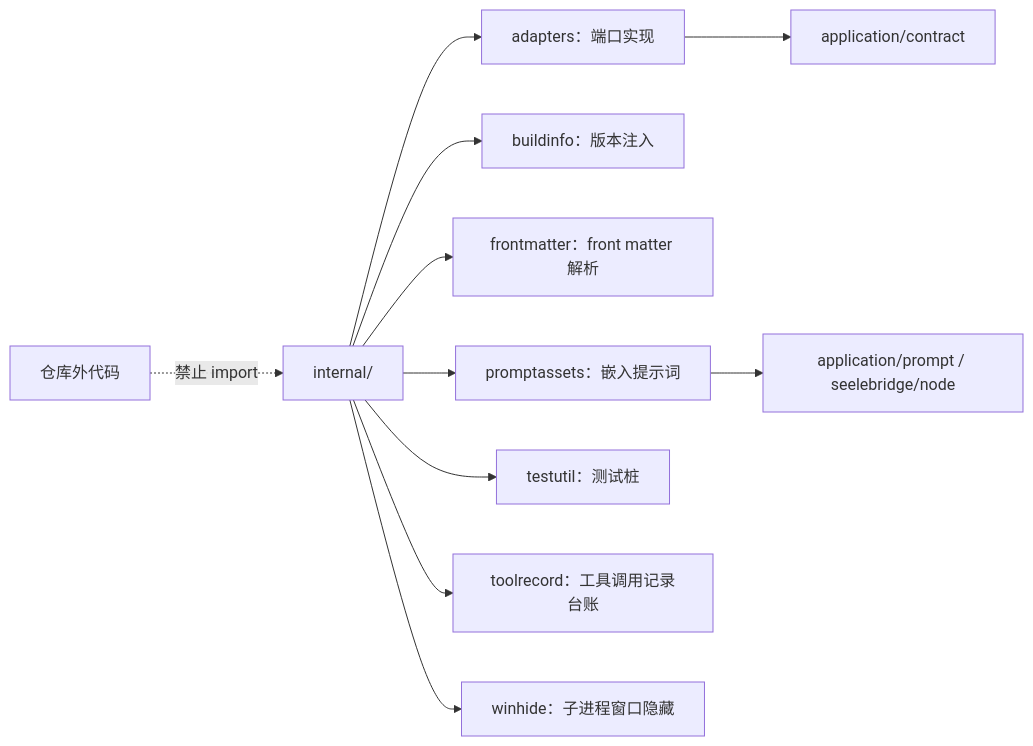
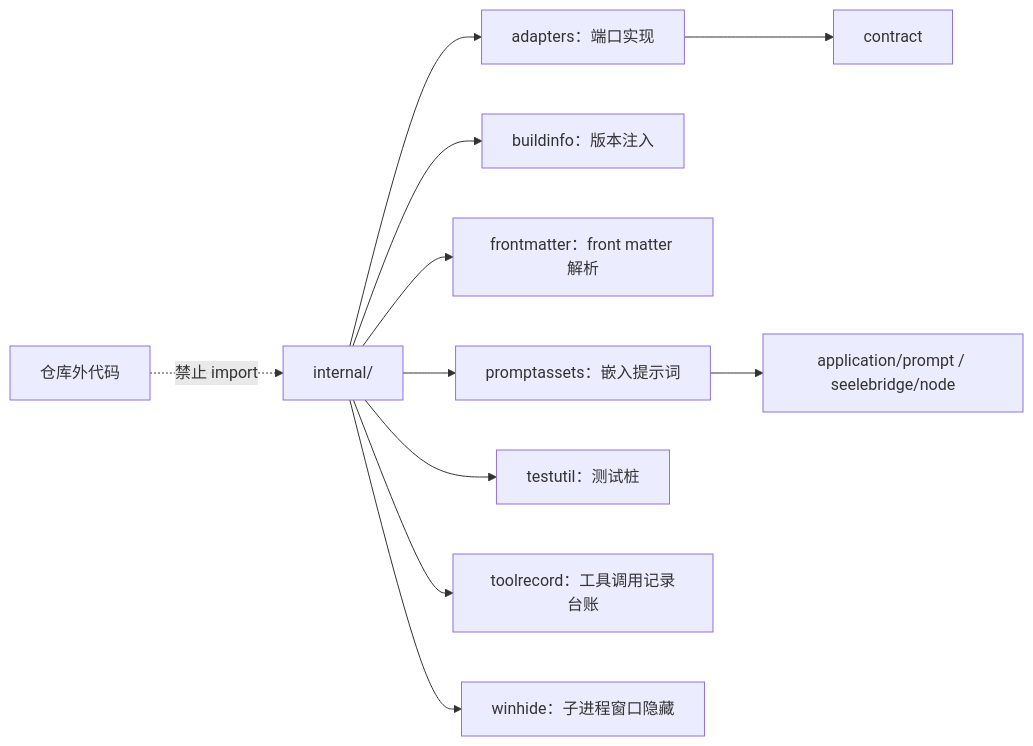
The diagram in internal/README.md (RedHuang-0622/seelex), drawn with Mermaid before and after one commit. The commit also changed other lines of this file and 1013 other files, not shown here.

````diff
--- a/internal/README.md
+++ b/internal/README.md
@@ -21,13 +21,13 @@
 ```mermaid
 flowchart LR
     OUT["仓库外代码"] -.->|禁止 import| INTERNAL["internal/"]
     INTERNAL --> A["adapters：端口实现"]
     INTERNAL --> B["buildinfo：版本注入"]
     INTERNAL --> F["frontmatter：front matter 解析"]
     INTERNAL --> P["promptassets：嵌入提示词"]
     INTERNAL --> T["testutil：测试桩"]
     INTERNAL --> M["toolrecord：工具调用记录台账"]
     INTERNAL --> W["winhide：子进程窗口隐藏"]
-    A --> APP["application/contract"]
+    A --> APP["contract"]
     P --> PROMPT["application/prompt / seelebridge/node"]
 ```
````
